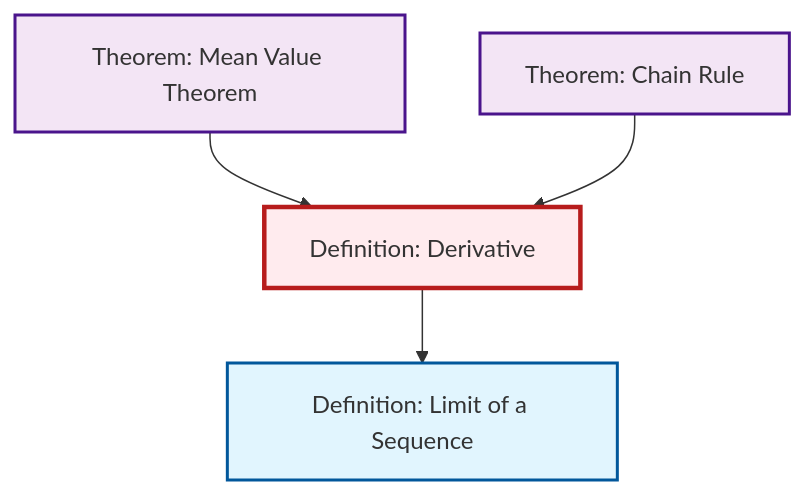
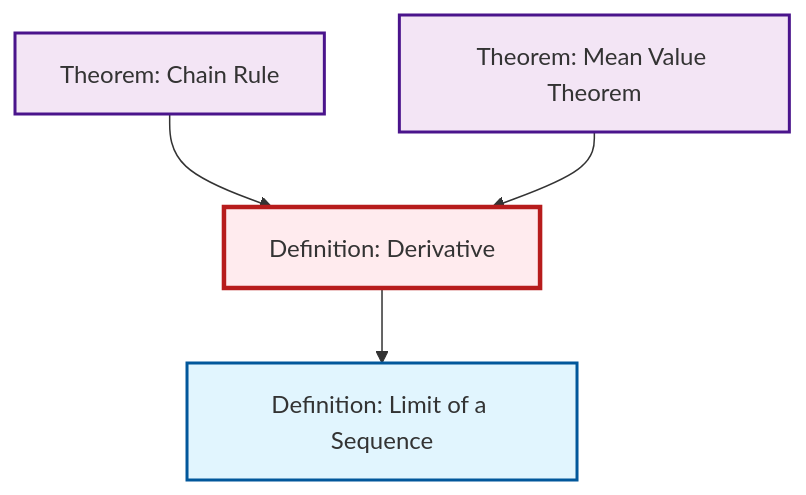
The diagram in output/mermaid/def-derivative.mermaid (RK0429/ModernMath), drawn with Mermaid before and after one commit. The commit also changed other lines of this file and 1188 other files, not shown here.

```diff
--- a/output/mermaid/def-derivative.mermaid
+++ b/output/mermaid/def-derivative.mermaid
@@ -1,15 +1,15 @@
 %%| fig-cap: "Local dependency graph"
 graph TD
     classDef definition fill:#e1f5fe,stroke:#01579b,stroke-width:2px
     classDef theorem fill:#f3e5f5,stroke:#4a148c,stroke-width:2px
     classDef axiom fill:#fff3e0,stroke:#e65100,stroke-width:2px
     classDef example fill:#e8f5e9,stroke:#1b5e20,stroke-width:2px
     classDef current fill:#ffebee,stroke:#b71c1c,stroke-width:3px
     def-derivative["Definition: Derivative"]:::definition
+    def-limit["Definition: Limit of a Sequence"]:::definition
     thm-chain-rule["Theorem: Chain Rule"]:::theorem
     thm-mean-value["Theorem: Mean Value Theorem"]:::theorem
-    def-limit["Definition: Limit of a Sequence"]:::definition
-    thm-mean-value --> def-derivative
     thm-chain-rule --> def-derivative
     def-derivative --> def-limit
+    thm-mean-value --> def-derivative
     class def-derivative current
```
